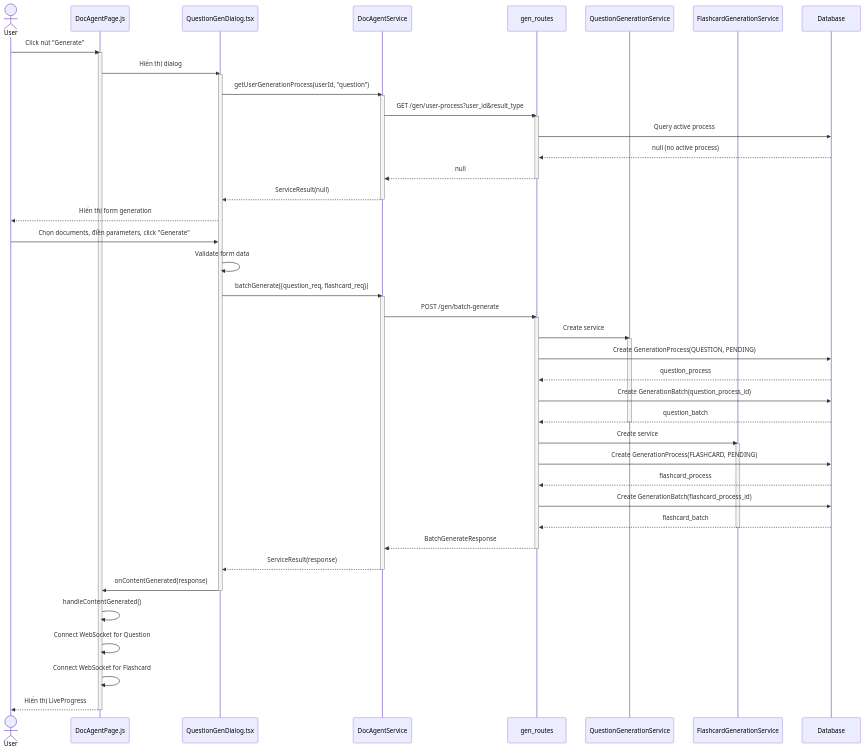
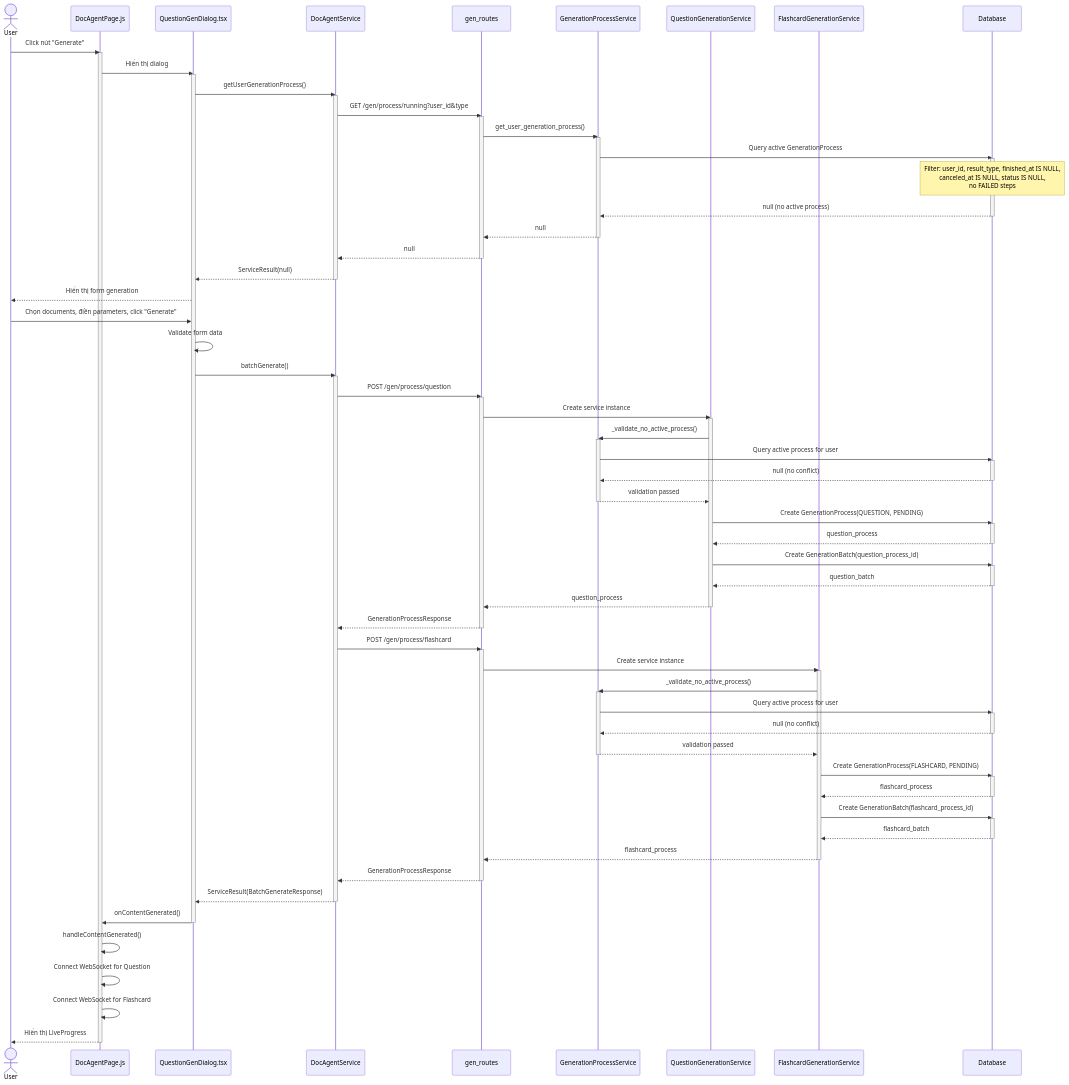
The first of 12 diagrams in generation/4_generation_batch_seq.md (mduc-2610/gp_doc), drawn with Mermaid before and after one commit. The commit also changed other lines of this file and 10 other files, not shown here.

```diff
--- a/generation/4_generation_batch_seq.md
+++ b/generation/4_generation_batch_seq.md
@@ -9,6 +9,7 @@
     participant QuestionGenDialog as QuestionGenDialog.tsx
     participant DocAgentService as DocAgentService
     participant GenRoutes as gen_routes
+    participant GenProcessService as GenerationProcessService
     participant QuestionGenService as QuestionGenerationService
     participant FlashcardGenService as FlashcardGenerationService
     participant DB as Database
@@ -18,12 +19,19 @@
     DocAgentPage->>QuestionGenDialog: Hiển thị dialog
     activate QuestionGenDialog
     
-    QuestionGenDialog->>DocAgentService: getUserGenerationProcess(userId, "question")
+    QuestionGenDialog->>DocAgentService: getUserGenerationProcess()
     activate DocAgentService
-    DocAgentService->>GenRoutes: GET /gen/user-process?user_id&result_type
+    DocAgentService->>GenRoutes: GET /gen/process/running?user_id&type
     activate GenRoutes
-    GenRoutes->>DB: Query active process
-    DB-->>GenRoutes: null (no active process)
+    GenRoutes->>GenProcessService: get_user_generation_process()
+    activate GenProcessService
+    GenProcessService->>DB: Query active GenerationProcess
+    activate DB
+    Note over DB: Filter: user_id, result_type, finished_at IS NULL,<br/>canceled_at IS NULL, status IS NULL,<br/>no FAILED steps
+    DB-->>GenProcessService: null (no active process)
+    deactivate DB
+    GenProcessService-->>GenRoutes: null
+    deactivate GenProcessService
     GenRoutes-->>DocAgentService: null
     deactivate GenRoutes
     DocAgentService-->>QuestionGenDialog: ServiceResult(null)
@@ -34,33 +42,70 @@
     User->>QuestionGenDialog: Chọn documents, điền parameters, click "Generate"
     QuestionGenDialog->>QuestionGenDialog: Validate form data
     
-    QuestionGenDialog->>DocAgentService: batchGenerate({question_req, flashcard_req})
+    QuestionGenDialog->>DocAgentService: batchGenerate()
     activate DocAgentService
-    DocAgentService->>GenRoutes: POST /gen/batch-generate
+    DocAgentService->>GenRoutes: POST /gen/process/question
     activate GenRoutes
     
-    GenRoutes->>QuestionGenService: Create service
+    GenRoutes->>QuestionGenService: Create service instance
     activate QuestionGenService
-    GenRoutes->>DB: Create GenerationProcess(QUESTION, PENDING)
-    DB-->>GenRoutes: question_process
-    GenRoutes->>DB: Create GenerationBatch(question_process_id)
-    DB-->>GenRoutes: question_batch
+    QuestionGenService->>GenProcessService: _validate_no_active_process()
+    activate GenProcessService
+    GenProcessService->>DB: Query active process for user
+    activate DB
+    DB-->>GenProcessService: null (no conflict)
+    deactivate DB
+    GenProcessService-->>QuestionGenService: validation passed
+    deactivate GenProcessService
+    
+    QuestionGenService->>DB: Create GenerationProcess(QUESTION, PENDING)
+    activate DB
+    DB-->>QuestionGenService: question_process
+    deactivate DB
+    
+    QuestionGenService->>DB: Create GenerationBatch(question_process_id)
+    activate DB
+    DB-->>QuestionGenService: question_batch
+    deactivate DB
+    QuestionGenService-->>GenRoutes: question_process
     deactivate QuestionGenService
     
-    GenRoutes->>FlashcardGenService: Create service
+    GenRoutes-->>DocAgentService: GenerationProcessResponse
+    deactivate GenRoutes
+    
+    DocAgentService->>GenRoutes: POST /gen/process/flashcard
+    activate GenRoutes
+    
+    GenRoutes->>FlashcardGenService: Create service instance
     activate FlashcardGenService
-    GenRoutes->>DB: Create GenerationProcess(FLASHCARD, PENDING)
-    DB-->>GenRoutes: flashcard_process
-    GenRoutes->>DB: Create GenerationBatch(flashcard_process_id)
-    DB-->>GenRoutes: flashcard_batch
+    FlashcardGenService->>GenProcessService: _validate_no_active_process()
+    activate GenProcessService
+    GenProcessService->>DB: Query active process for user
+    activate DB
+    DB-->>GenProcessService: null (no conflict)
+    deactivate DB
+    GenProcessService-->>FlashcardGenService: validation passed
+    deactivate GenProcessService
+    
+    FlashcardGenService->>DB: Create GenerationProcess(FLASHCARD, PENDING)
+    activate DB
+    DB-->>FlashcardGenService: flashcard_process
+    deactivate DB
+    
+    FlashcardGenService->>DB: Create GenerationBatch(flashcard_process_id)
+    activate DB
+    DB-->>FlashcardGenService: flashcard_batch
+    deactivate DB
+    FlashcardGenService-->>GenRoutes: flashcard_process
     deactivate FlashcardGenService
     
-    GenRoutes-->>DocAgentService: BatchGenerateResponse
+    GenRoutes-->>DocAgentService: GenerationProcessResponse
     deactivate GenRoutes
-    DocAgentService-->>QuestionGenDialog: ServiceResult(response)
+    
+    DocAgentService-->>QuestionGenDialog: ServiceResult(BatchGenerateResponse)
     deactivate DocAgentService
     
-    QuestionGenDialog->>DocAgentPage: onContentGenerated(response)
+    QuestionGenDialog->>DocAgentPage: onContentGenerated()
     deactivate QuestionGenDialog
     
     DocAgentPage->>DocAgentPage: handleContentGenerated()
```
